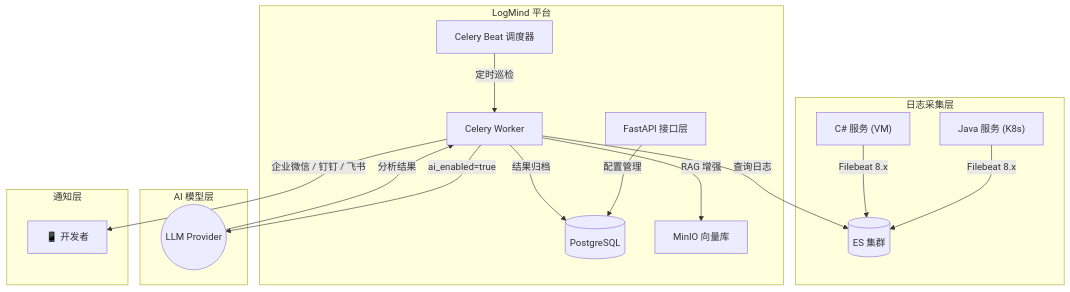
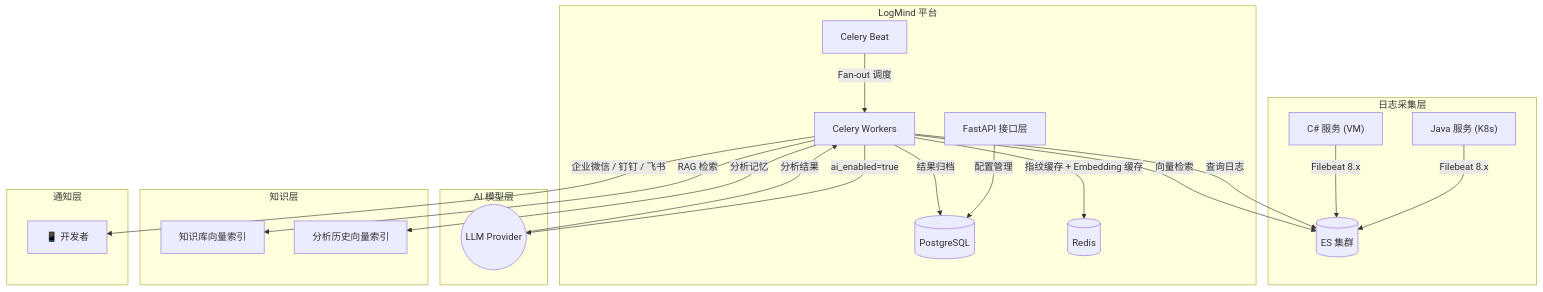
One commit to leeeway/LogMind changed the first of 2 diagrams in README.md. Above: the diagram before and after it, drawn with Mermaid. The commit also changed other lines of this file and 5 other files, not shown here.

````diff
--- a/README.md
+++ b/README.md
@@ -106,25 +143,31 @@
 ```mermaid
 graph TD
     subgraph 日志采集层
         A["Java 服务 (K8s)"] -->|Filebeat 8.x| ES[(ES 集群)]
         B["C# 服务 (VM)"] -->|Filebeat 8.x| ES
     end
 
     subgraph LogMind 平台
         API[FastAPI 接口层] -->|配置管理| DB[(PostgreSQL)]
-        Beat[Celery Beat 调度器] -->|定时巡检| Worker[Celery Worker]
+        Beat[Celery Beat] -->|Fan-out 调度| Worker[Celery Workers]
         Worker -->|查询日志| ES
-        Worker -->|RAG 增强| MinIO[MinIO 向量库]
+        Worker -->|向量检索| ES
+        Worker -->|指纹缓存 + Embedding 缓存| Redis[(Redis)]
     end
 
     subgraph AI 模型层
         Worker -->|"ai_enabled=true"| LLM((LLM Provider))
         LLM -->|分析结果| Worker
+    end
+
+    subgraph 知识层
+        Worker -->|RAG 检索| KB[知识库向量索引]
+        Worker -->|分析记忆| AV[分析历史向量索引]
     end
 
     subgraph 通知层
         Worker -->|"企业微信 / 钉钉 / 飞书"| Notify[📱 开发者]
     end
 
     Worker -->|结果归档| DB
 ```
````
